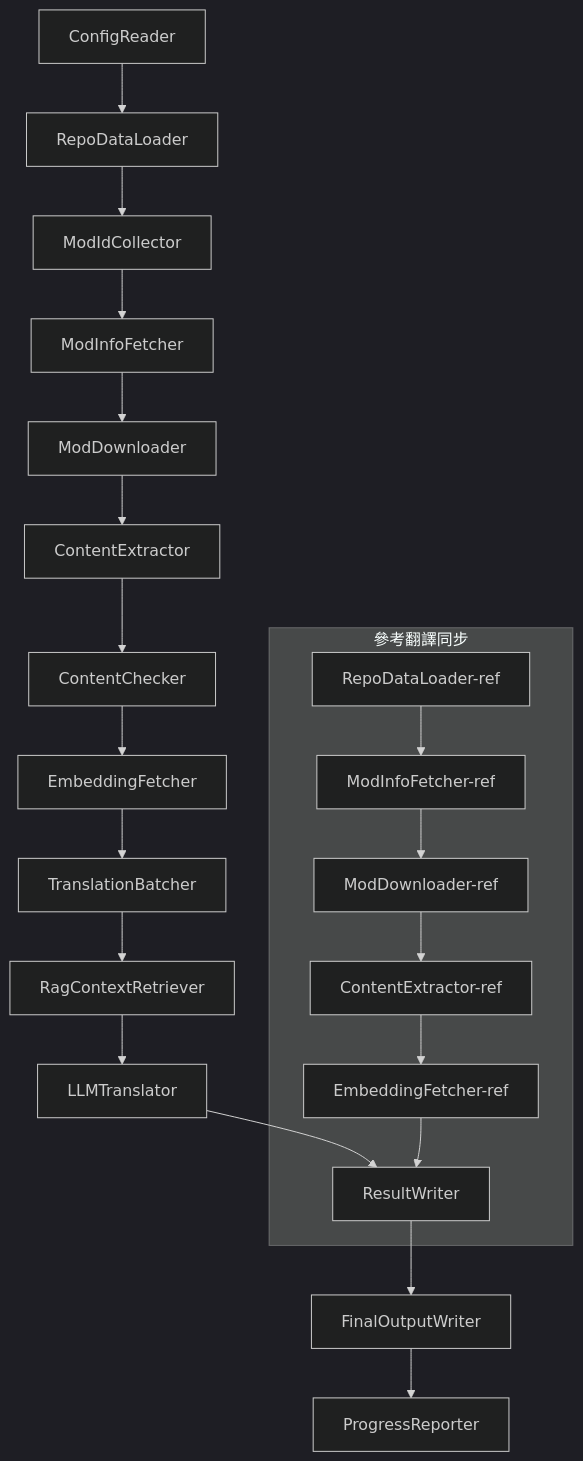
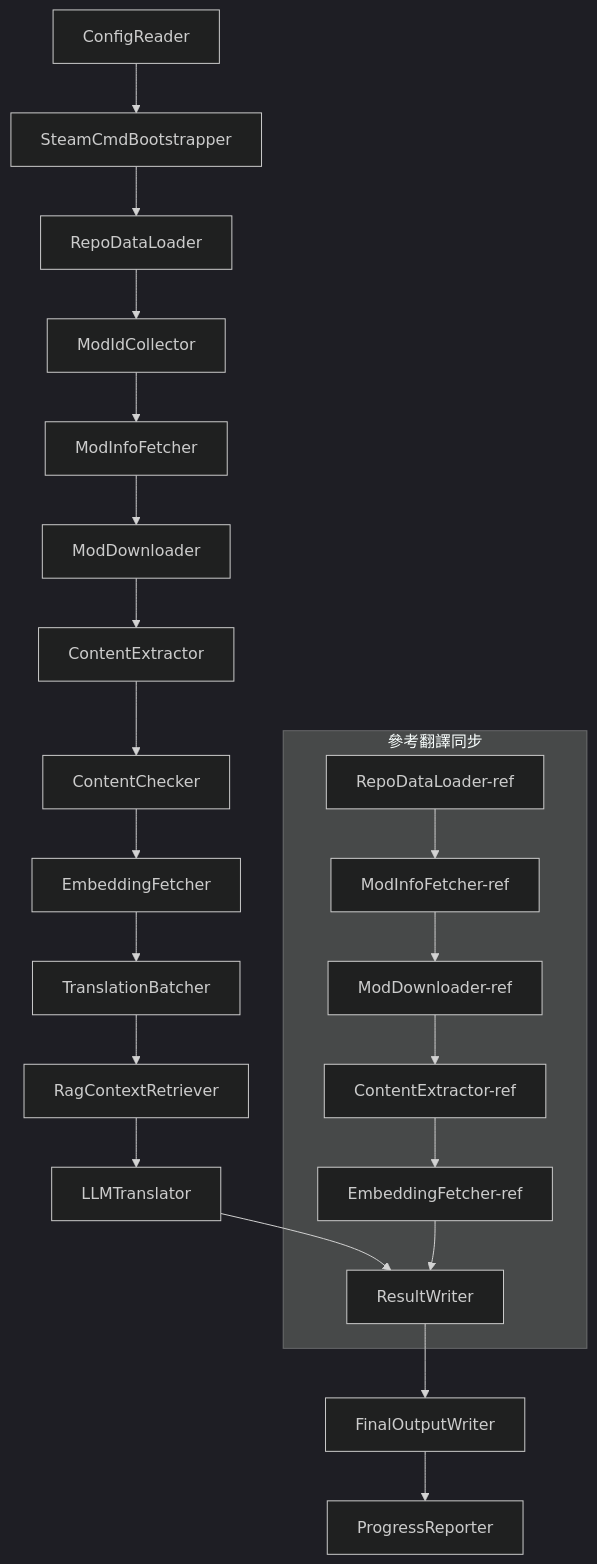
The diagram in docs/technical_reference/technical_reference_zh-hant.md (PZProjectBabel/project_babel), drawn with Mermaid (dark theme) before and after one commit. The commit also changed other lines of this file and 79 other files, not shown here.

````diff
--- a/docs/technical_reference/technical_reference_zh-hant.md
+++ b/docs/technical_reference/technical_reference_zh-hant.md
@@ -96,24 +125,25 @@
 ```mermaid
 flowchart TD
-    A[ConfigReader] --> B[RepoDataLoader]
-    B --> C[ModIdCollector]
-    C --> D[ModInfoFetcher]
-    D --> E[ModDownloader]
-    E --> F[ContentExtractor]
-    F --> G[ContentChecker]
-    G --> H[EmbeddingFetcher]
-    H --> I[TranslationBatcher]
-    I --> J[RagContextRetriever]
-    J --> K[LLMTranslator]
-    K --> L[ResultWriter]
-    L --> M[FinalOutputWriter]
-    M --> N[ProgressReporter]
+  A[ConfigReader] --> B[SteamCmdBootstrapper]
+  B --> C[RepoDataLoader]
+  C --> D[ModIdCollector]
+  D --> E[ModInfoFetcher]
+  E --> F[ModDownloader]
+  F --> G[ContentExtractor]
+  G --> H[ContentChecker]
+  H --> I[EmbeddingFetcher]
+  I --> J[TranslationBatcher]
+  J --> K[RagContextRetriever]
+  K --> L[LLMTranslator]
+  L --> M[ResultWriter]
+  M --> N[FinalOutputWriter]
+  N --> O[ProgressReporter]
 
-    subgraph 參考翻譯同步
-        B2[RepoDataLoader-ref] --> D2[ModInfoFetcher-ref]
-        D2 --> E2[ModDownloader-ref]
-        E2 --> F2[ContentExtractor-ref]
-        F2 --> H2[EmbeddingFetcher-ref]
-        H2 --> L
+subgraph 參考翻譯同步
+        C2[RepoDataLoader-ref] --> E2[ModInfoFetcher-ref]
+        E2 --> F2[ModDownloader-ref]
+        F2 --> G2[ContentExtractor-ref]
+        G2 --> I2[EmbeddingFetcher-ref]
+        I2 --> M
     end
 ```
````
